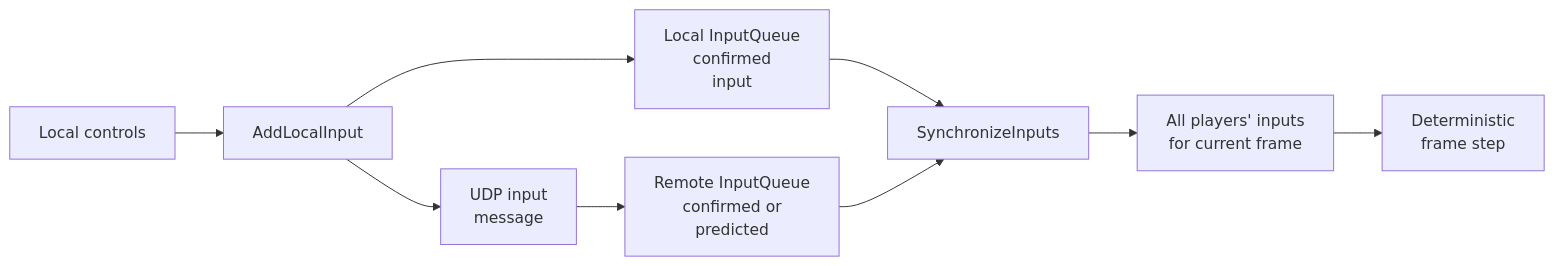
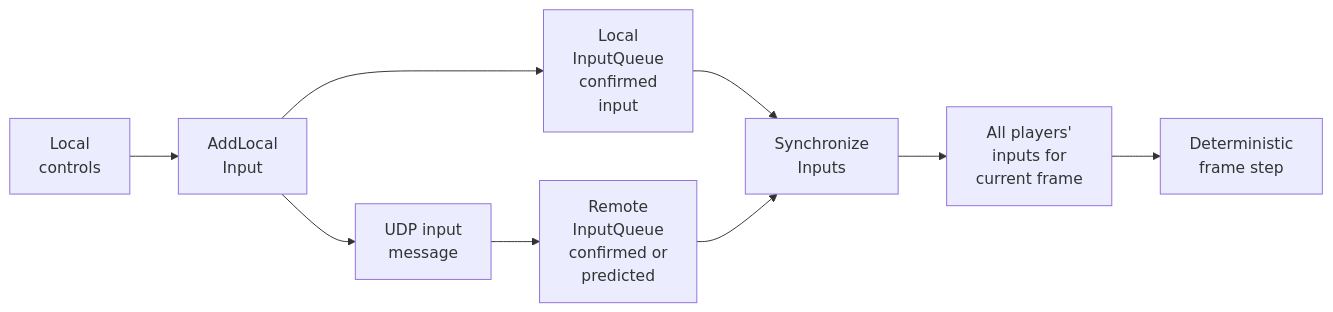
Before and after one commit to irregularthanis/ggpo-next: the first of 2 diagrams in doc/architecture/Synchronization.md, drawn with Mermaid. The commit also changed other lines of this file and 8 other files, not shown here.

Commit message:
docs: tighten all architecture diagram wrapping

````diff
--- a/doc/architecture/Synchronization.md
+++ b/doc/architecture/Synchronization.md
@@ -28,18 +28,18 @@
 ```mermaid
 flowchart LR
-    Device["Local controls"]
-    Submit["AddLocalInput"]
-    LocalQueue["Local InputQueue<br/>confirmed<br/>input"]
+    Device["Local<br/>controls"]
+    Submit["AddLocal<br/>Input"]
+    LocalQueue["Local<br/>InputQueue<br/>confirmed<br/>input"]
     Network["UDP input<br/>message"]
-    RemoteQueue["Remote InputQueue<br/>confirmed or<br/>predicted"]
-    Sync["SynchronizeInputs"]
-    Composite["All players' inputs<br/>for current frame"]
+    RemoteQueue["Remote<br/>InputQueue<br/>confirmed or<br/>predicted"]
+    Sync["Synchronize<br/>Inputs"]
+    Composite["All players'<br/>inputs for<br/>current frame"]
     Game["Deterministic<br/>frame step"]
 
     Device --> Submit --> LocalQueue
     Submit --> Network
     Network --> RemoteQueue
     LocalQueue --> Sync
     RemoteQueue --> Sync
     Sync --> Composite --> Game
 ```
````
